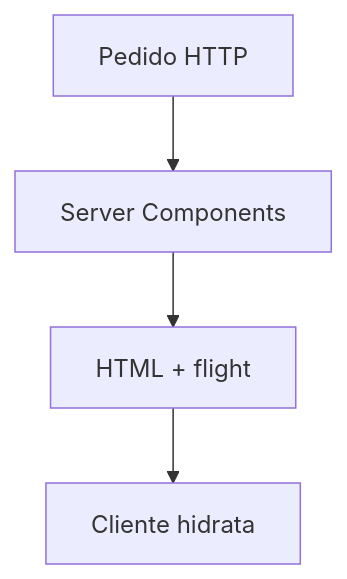
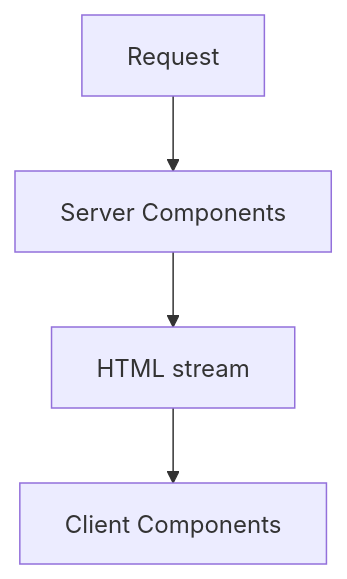
One commit to tiagocosmai/study-materials changed the diagram in frontend/11-nextjs.md. Above: the diagram before and after it, drawn with Mermaid. The commit also changed other lines of this file and 14 other files, not shown here.

````diff
--- a/frontend/11-nextjs.md
+++ b/frontend/11-nextjs.md
@@ -7,7 +7,9 @@
 ```mermaid
 flowchart TB
-  REQ[Pedido HTTP]
-  REQ --> RSC[Server Components]
-  RSC --> HTML[HTML + flight]
-  HTML --> CLI[Cliente hidrata]
+  REQ[Request]
+  RSC[Server Components]
+  RCC[Client Components]
+  REQ --> RSC
+  RSC --> HTML[HTML stream]
+  HTML --> RCC
 ```
````
